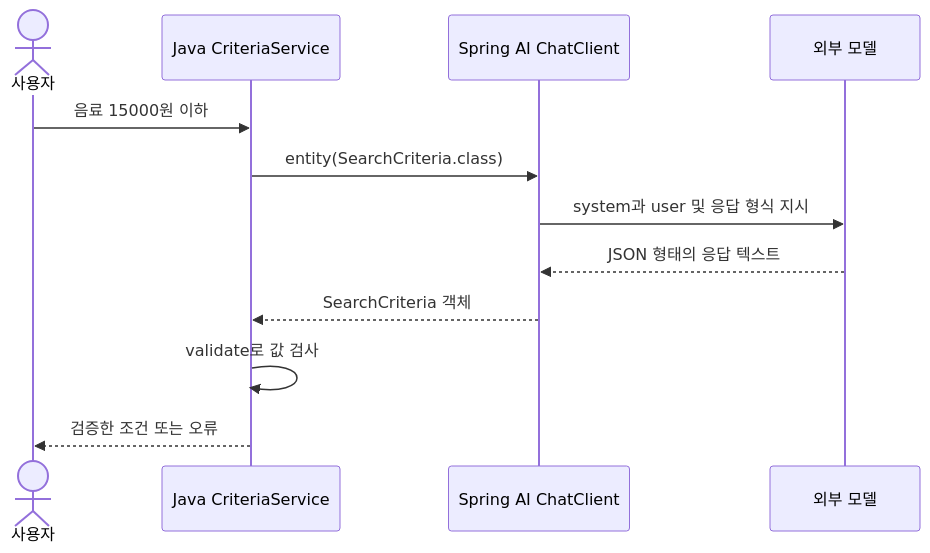
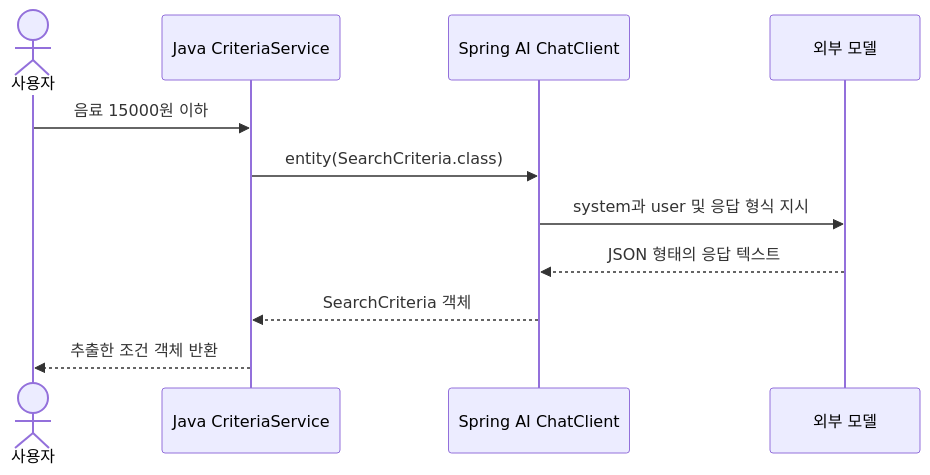
The second of 2 diagrams in Spring-AI-Agent-Learning/docs/lessons/04-structured-output/01-format.md (Justin-ad-Park/SpringShoppingAI), drawn with Mermaid before and after one commit. The commit also changed other lines of this file and 47 other files, not shown here.

````diff
--- a/Spring-AI-Agent-Learning/docs/lessons/04-structured-output/01-format.md
+++ b/Spring-AI-Agent-Learning/docs/lessons/04-structured-output/01-format.md
@@ -42,14 +40,13 @@
 ```mermaid
 sequenceDiagram
     actor User as 사용자
     participant Service as Java CriteriaService
     participant AI as Spring AI ChatClient
     participant Model as 외부 모델
     User->>Service: 음료 15000원 이하
     Service->>AI: entity(SearchCriteria.class)
     AI->>Model: system과 user 및 응답 형식 지시
     Model-->>AI: JSON 형태의 응답 텍스트
     AI-->>Service: SearchCriteria 객체
-    Service->>Service: validate로 값 검사
-    Service-->>User: 검증한 조건 또는 오류
+    Service-->>User: 추출한 조건 객체 반환
 ```
````
